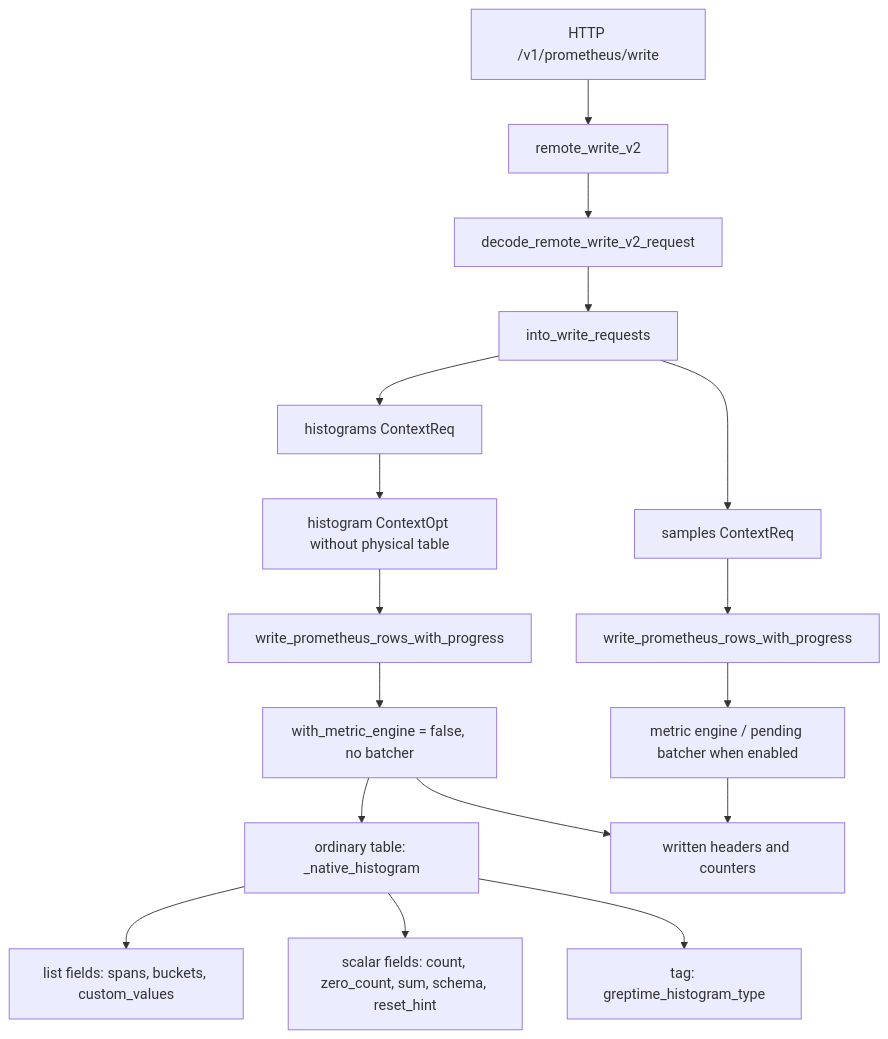
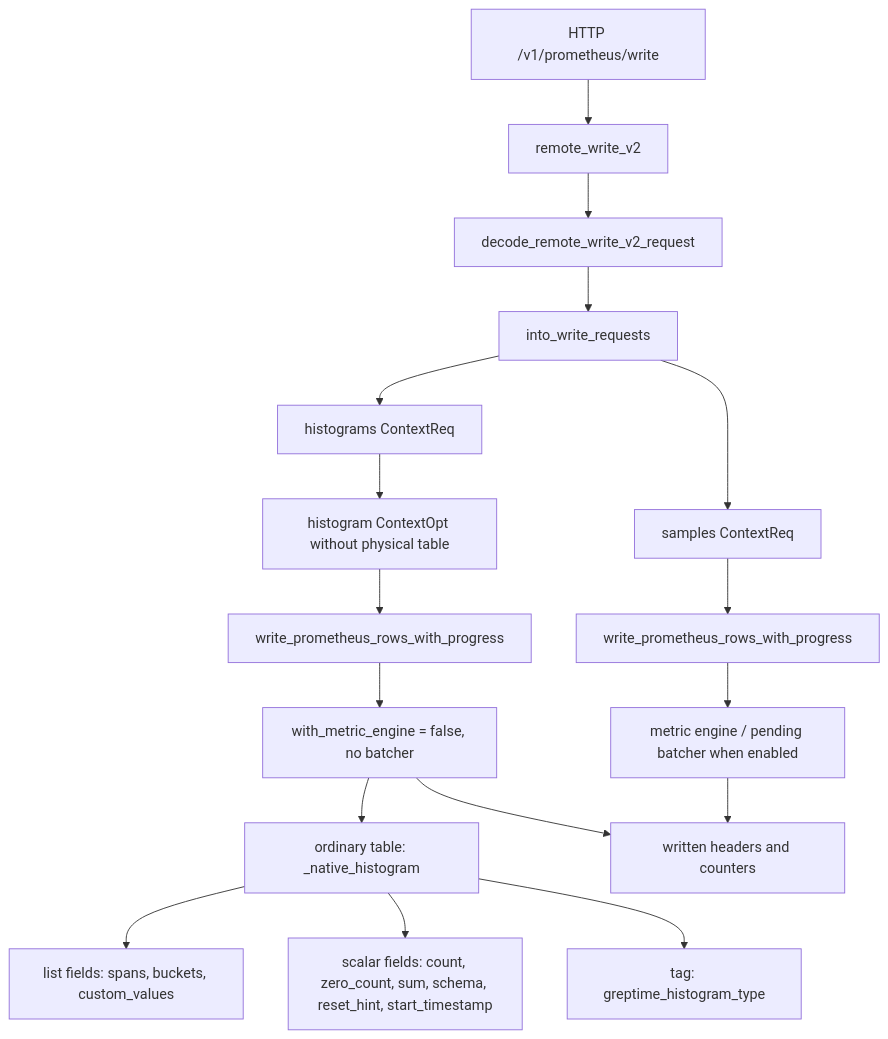
Before and after one commit to GreptimeTeam/greptimedb: the diagram in src/servers/src/prom_remote_write/README.md, drawn with Mermaid. The commit also changed other lines of this file and 4 other files, not shown here.

````diff
--- a/src/servers/src/prom_remote_write/README.md
+++ b/src/servers/src/prom_remote_write/README.md
@@ -11,24 +11,24 @@
 ```mermaid
 flowchart TD
     A["HTTP /v1/prometheus/write"] --> B["remote_write_v2"]
     B --> C["decode_remote_write_v2_request"]
     C --> D["into_write_requests"]
 
     D --> E["samples ContextReq"]
     D --> F["histograms ContextReq"]
 
     E --> G["write_prometheus_rows_with_progress"]
     G --> H["metric engine / pending batcher when enabled"]
 
     F --> I["histogram ContextOpt without physical table"]
     I --> J["write_prometheus_rows_with_progress"]
     J --> K["with_metric_engine = false, no batcher"]
     K --> L["ordinary table: <metric>_native_histogram"]
 
     L --> M["list fields: spans, buckets, custom_values"]
-    L --> N["scalar fields: count, zero_count, sum, schema, reset_hint"]
+    L --> N["scalar fields: count, zero_count, sum, schema, reset_hint, start_timestamp"]
     L --> O["tag: greptime_histogram_type"]
 
     H --> P["written headers and counters"]
     K --> P
 ```
````
